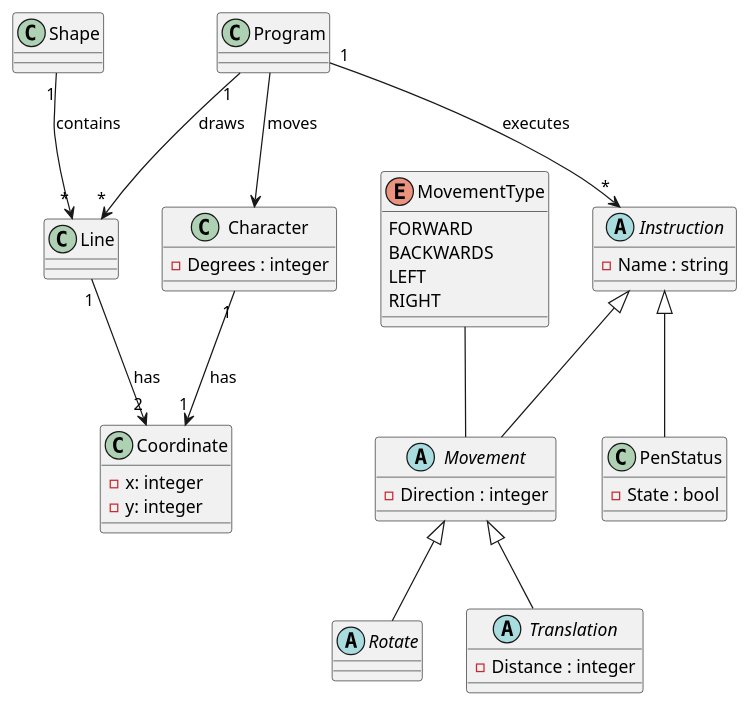
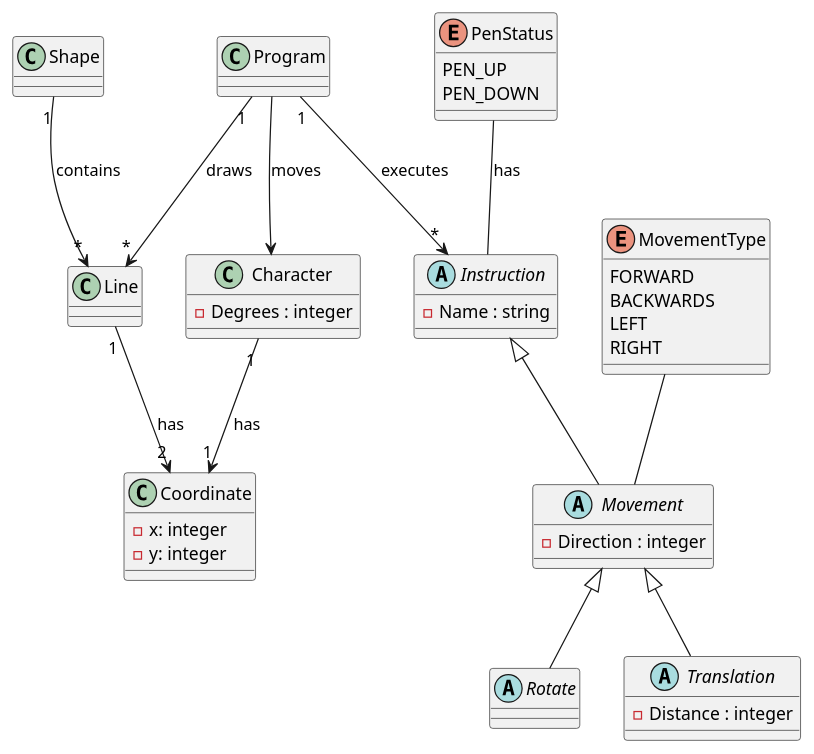
One commit to eab98/Scratch changed the diagram in UML/Domain Diagram.puml. Above: the diagram before and after it, drawn with PlantUML. The commit also changed 1 other file, not shown here.

Commit message:
feat(PenStatus): ajout de le classe enum PenStatus et modification de l'uml

```diff
--- a/UML/Domain Diagram.puml
+++ b/UML/Domain Diagram.puml
@@ -1,59 +1,61 @@
 @startuml
 
 class Program {}
 
 class Character {
         - Degrees : integer
 
     }
 class Coordinate {
     - x: integer
     - y: integer
 }
 
 abstract class Instruction {
     - Name : string
 }
-class PenStatus extends Instruction {
-    - State : bool
+enum PenStatus {
+    PEN_UP
+    PEN_DOWN
 }
 
 
 abstract class Movement extends Instruction {
      - Direction : integer
      }
 
 
 abstract class Rotate extends Movement
 abstract class Translation extends Movement {
     - Distance : integer
     }
 
 class Line {
 }
 
 class Shape {
 
 }
 
 
 enum MovementType {
     FORWARD
     BACKWARDS
     LEFT
     RIGHT
 }
 
 
 
 ' --- RELATIONS --- '
 
 MovementType -- Movement
 Character "1" --> "1" Coordinate : has
 Program --> Character :  moves
 Program "1" --> "*" Instruction : executes
 Shape "1" --> "*" Line : contains
 Program "1" --> "*" Line : draws
 Line "1" --> "2" Coordinate : has
+PenStatus -- Instruction : has
 
 @end
```
